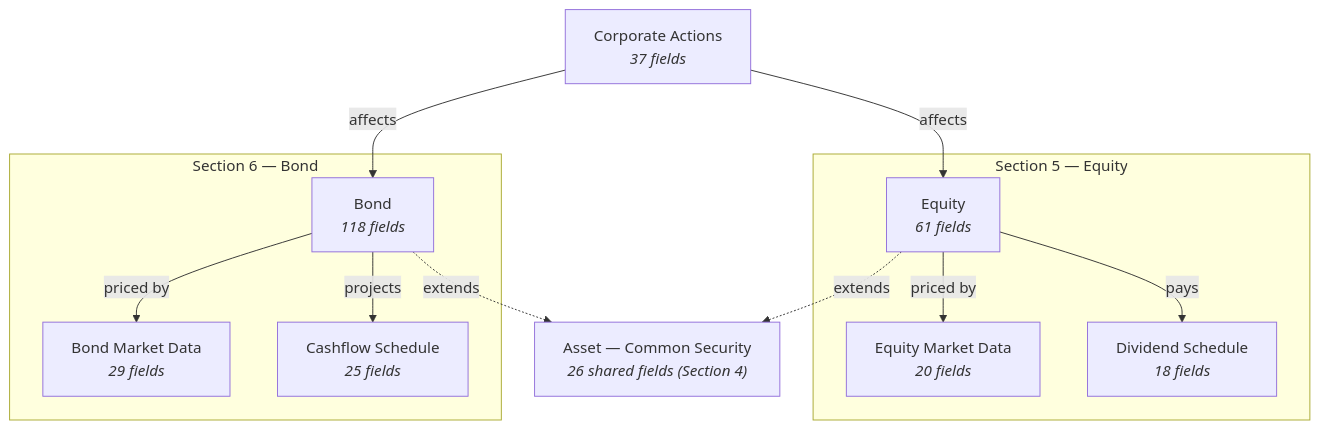
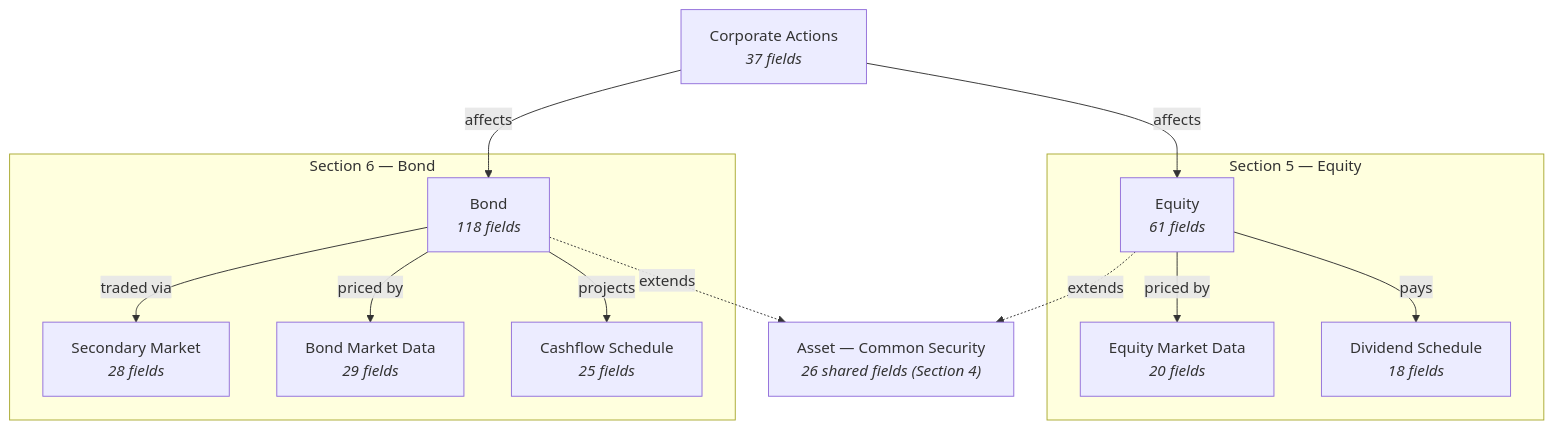
The second of 2 diagrams in docs/02-bank-data-specification-equity-bond.md (vahalla-wealth/investment-data), drawn with Mermaid before and after one commit. The commit also changed other lines of this file, not shown here.

````diff
--- a/docs/02-bank-data-specification-equity-bond.md
+++ b/docs/02-bank-data-specification-equity-bond.md
@@ -63,28 +64,30 @@
 ```mermaid
 graph TD
     Asset["Asset — Common Security<br/><i>26 shared fields (Section 4)</i>"]
 
     Equity -.->|extends| Asset
     Bond -.->|extends| Asset
 
     subgraph EquityDomain["Section 5 — Equity"]
         Equity["Equity<br/><i>61 fields</i>"]
         EquityMarketData["Equity Market Data<br/><i>20 fields</i>"]
         DividendSchedule["Dividend Schedule<br/><i>18 fields</i>"]
         Equity -->|priced by| EquityMarketData
         Equity -->|pays| DividendSchedule
     end
 
     subgraph BondDomain["Section 6 — Bond"]
         Bond["Bond<br/><i>118 fields</i>"]
+        BondSecondaryMarket["Secondary Market<br/><i>28 fields</i>"]
         BondMarketData["Bond Market Data<br/><i>29 fields</i>"]
         CashflowSchedule["Cashflow Schedule<br/><i>25 fields</i>"]
+        Bond -->|traded via| BondSecondaryMarket
         Bond -->|priced by| BondMarketData
         Bond -->|projects| CashflowSchedule
     end
 
     CorporateAction["Corporate Actions<br/><i>37 fields</i>"]
 
     CorporateAction -->|affects| Equity
     CorporateAction -->|affects| Bond
 ```
````
